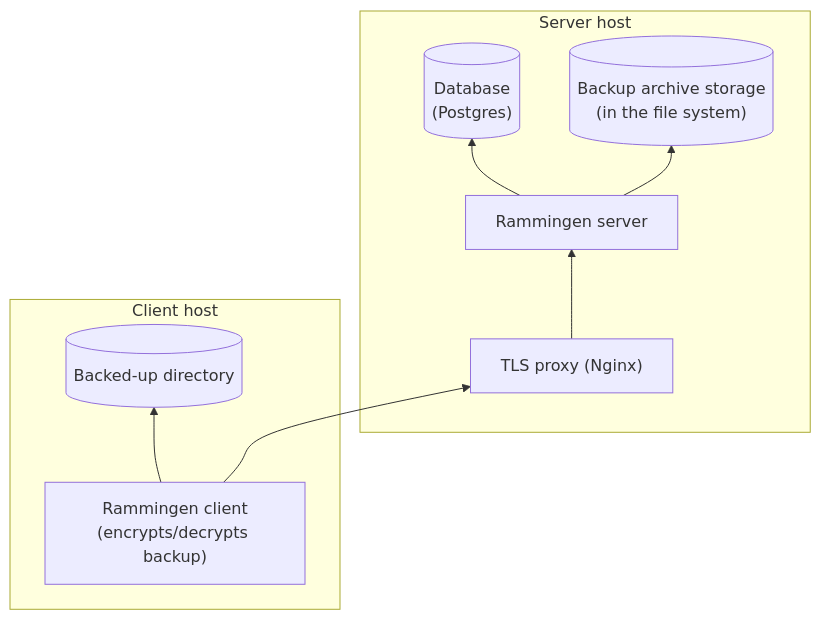
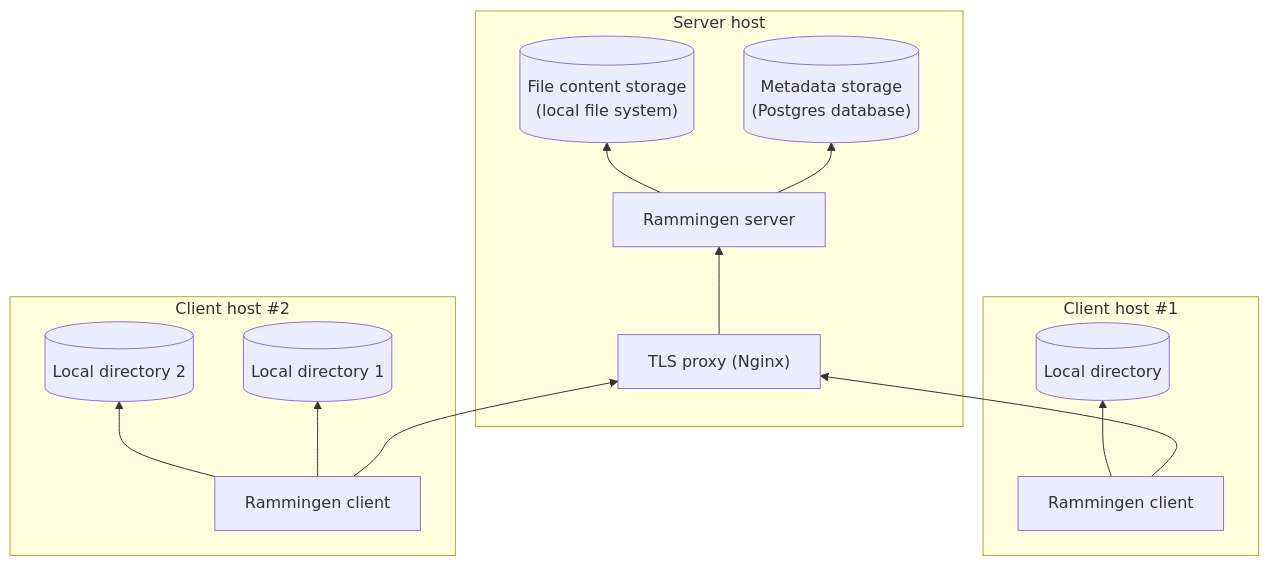
Before and after one commit to Riateche/rammingen: the diagram in README.md, drawn with Mermaid. The commit also changed other lines of this file and 1 other file, not shown here.

````diff
--- a/README.md
+++ b/README.md
@@ -10,20 +25,29 @@
 ```mermaid
 graph BT
     subgraph Server host
         server[Rammingen server]
-        db[("Database<br>(Postgres)")]
-        storage[("Backup archive storage<br>(in the file system)")]
+        db[("Metadata storage<br>(Postgres database)")]
+        storage[("File content storage<br>(local file system)")]
         tls_proxy["TLS proxy (Nginx)"]
     end
 
-    subgraph Client host
-        client["Rammingen client<br>(encrypts/decrypts backup)"]
-        directory[(Backed-up directory)]
+    subgraph Client host #1
+        client1["Rammingen client"]
+        directory1[(Local directory)]
+    end
+
+    subgraph Client host #2
+        client2["Rammingen client"]
+        directory2[(Local directory 1)]
+        directory22[(Local directory 2)]
     end
 
     server --> db
     server --> storage
-    client --> tls_proxy
-    client --> directory
+    client1 --> tls_proxy
+    client1 --> directory1
+    client2 --> tls_proxy
+    client2 --> directory2
+    client2 --> directory22
     tls_proxy --> server
 ```
````
